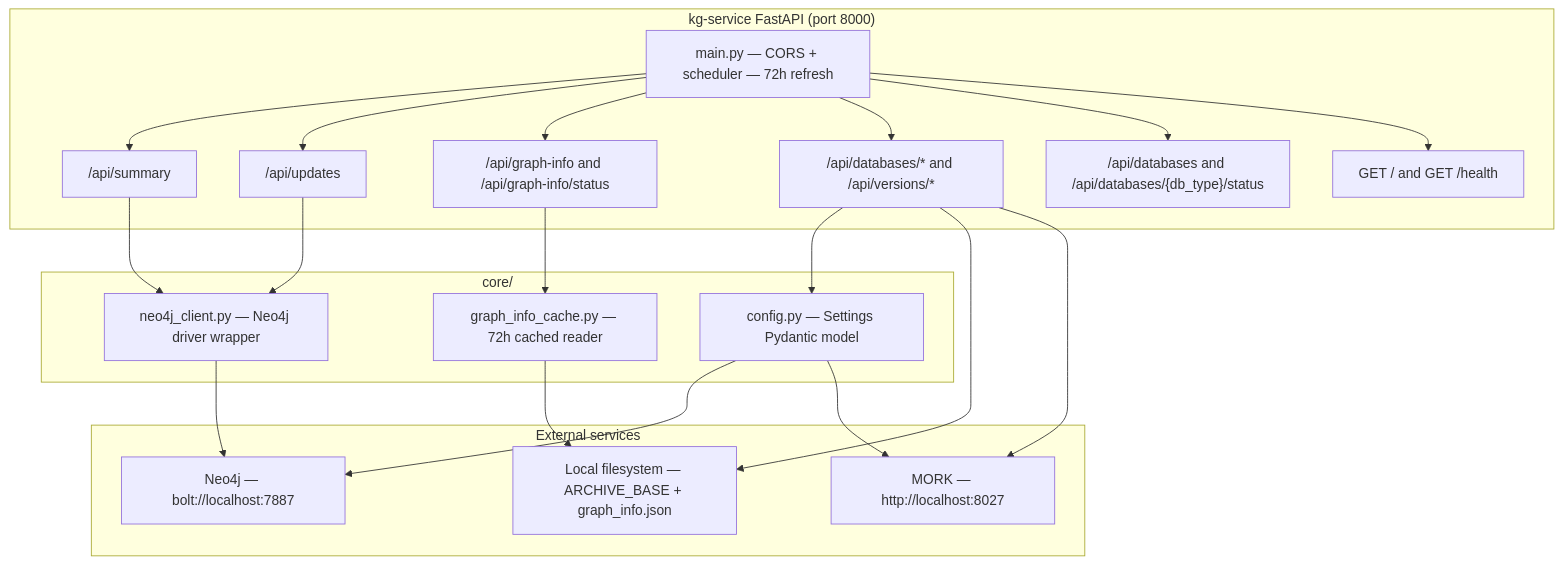
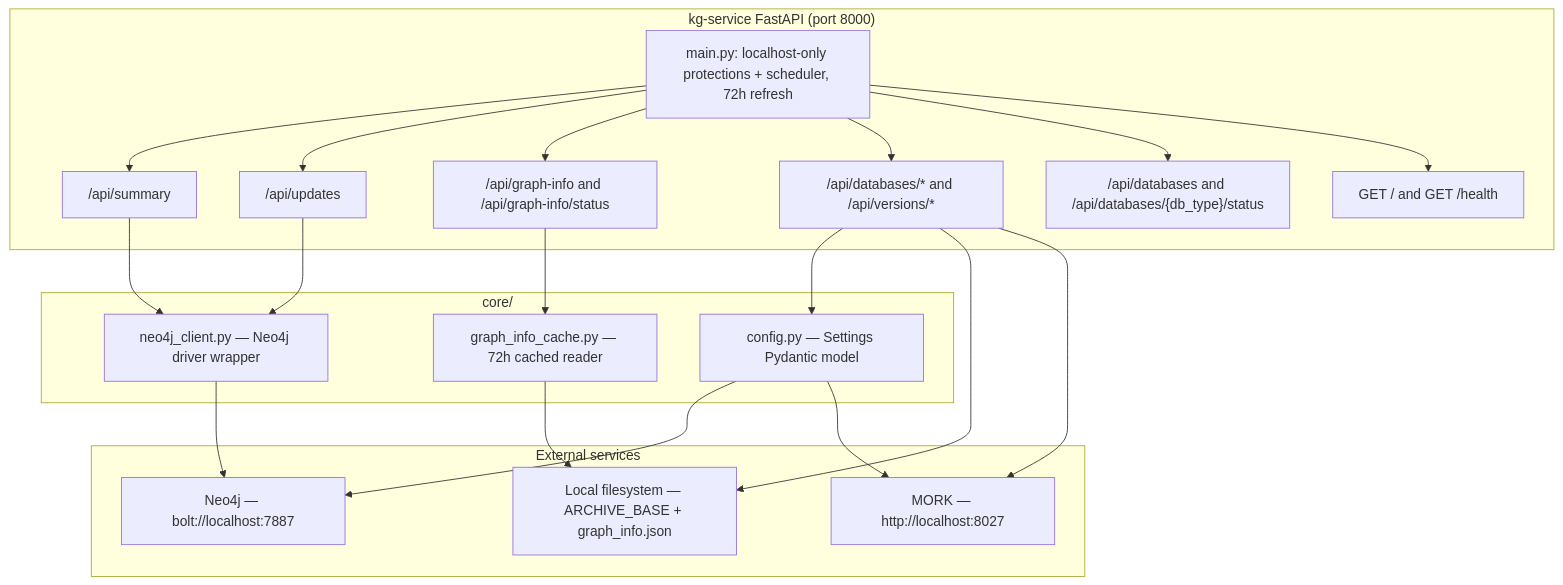
One commit to rejuve-bio/biocypher-kg changed the fifth of 5 diagrams in docs/architecture/component-diagrams.md. Above: the diagram before and after it, drawn with Mermaid. The commit also changed 120 other files, not shown here.

````diff
--- a/docs/architecture/component-diagrams.md
+++ b/docs/architecture/component-diagrams.md
@@ -173,44 +173,44 @@
 ```mermaid
 graph TD
     subgraph FastAPI["kg-service FastAPI (port 8000)"]
-        MAIN["main.py — CORS + scheduler — 72h refresh"]
+        MAIN["main.py: localhost-only protections + scheduler, 72h refresh"]
         SR["/api/summary"]
         UR["/api/updates"]
         GIR["/api/graph-info and /api/graph-info/status"]
         VR["/api/databases/* and /api/versions/*"]
         DR["/api/databases and /api/databases/{db_type}/status"]
         ROOT["GET / and GET /health"]
     end
 
     subgraph Core["core/"]
         CFG["config.py — Settings Pydantic model"]
         NC["neo4j_client.py — Neo4j driver wrapper"]
         GIC["graph_info_cache.py — 72h cached reader"]
     end
 
     subgraph DB["External services"]
         NEO4J["Neo4j — bolt://localhost:7887"]
         MORK_SVC["MORK — http://localhost:8027"]
         FS["Local filesystem — ARCHIVE_BASE + graph_info.json"]
     end
 
     MAIN --> SR
     MAIN --> UR
     MAIN --> GIR
     MAIN --> VR
     MAIN --> DR
     MAIN --> ROOT
 
     SR --> NC
     UR --> NC
     GIR --> GIC
     VR --> CFG
     VR --> FS
 
     NC --> NEO4J
     GIC --> FS
     VR --> MORK_SVC
 
     CFG --> NEO4J
     CFG --> MORK_SVC
 ```
````
